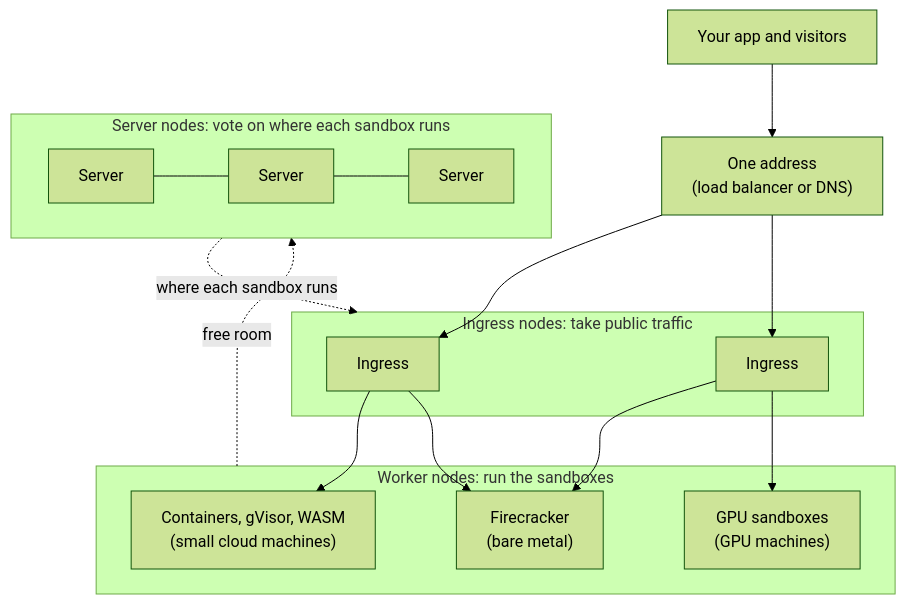
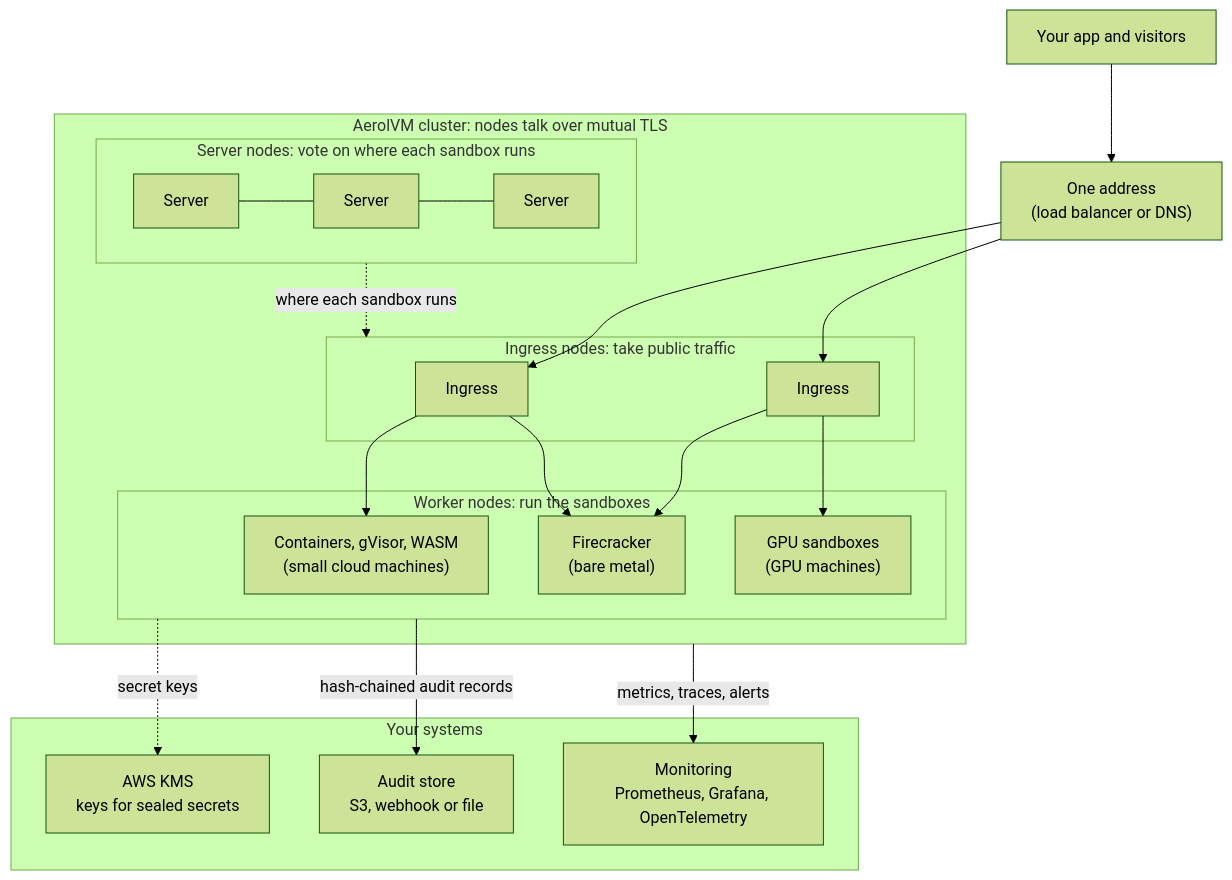
Before and after one commit to aerol-ai/microvm: the second of 2 diagrams in docs/src/content/docs/getting-started/cluster-setup.mdx, drawn with Mermaid (forest theme). The commit also changed other lines of this file and 2 other files, not shown here.

Commit message:
docs: add SDKs and Tools section to sidebar and enhance cluster setup documentation
Introduced a new "SDKs and Tools" section in the documentation sidebar for improved navigation, featuring links to SDK setup, CLI, and MCP server resources. Additionally, expanded the cluster setup documentation to include detailed auditability features, enhancing clarity on security and monitoring capabilities.

````diff
--- a/docs/src/content/docs/getting-started/cluster-setup.mdx
+++ b/docs/src/content/docs/getting-started/cluster-setup.mdx
@@ -88,24 +97,33 @@
 ```mermaid
 flowchart TB
     App["Your app and visitors"] --> Entry["One address<br/>(load balancer or DNS)"]
     Entry --> I1
     Entry --> I2
-    subgraph Ingress["Ingress nodes: take public traffic"]
-        I1["Ingress"]
-        I2["Ingress"]
+    subgraph Cluster["AerolVM cluster: nodes talk over mutual TLS"]
+        subgraph Ingress["Ingress nodes: take public traffic"]
+            I1["Ingress"]
+            I2["Ingress"]
+        end
+        subgraph Workers["Worker nodes: run the sandboxes"]
+            W1["Containers, gVisor, WASM<br/>(small cloud machines)"]
+            W2["Firecracker<br/>(bare metal)"]
+            W3["GPU sandboxes<br/>(GPU machines)"]
+        end
+        subgraph Servers["Server nodes: vote on where each sandbox runs"]
+            S1["Server"] --- S2["Server"] --- S3["Server"]
+        end
     end
     I1 --> W1
     I1 --> W2
     I2 --> W2
     I2 --> W3
-    subgraph Workers["Worker nodes: run the sandboxes"]
-        W1["Containers, gVisor, WASM<br/>(small cloud machines)"]
-        W2["Firecracker<br/>(bare metal)"]
-        W3["GPU sandboxes<br/>(GPU machines)"]
+    Servers -. "where each sandbox runs" .-> Ingress
+    subgraph Yours["Your systems"]
+        KMS["AWS KMS<br/>keys for sealed secrets"]
+        Audit["Audit store<br/>S3, webhook or file"]
+        Obs["Monitoring<br/>Prometheus, Grafana, OpenTelemetry"]
     end
-    subgraph Servers["Server nodes: vote on where each sandbox runs"]
-        S1["Server"] --- S2["Server"] --- S3["Server"]
-    end
-    Workers -. "free room" .-> Servers
-    Servers -. "where each sandbox runs" .-> Ingress
+    Workers -. "secret keys" .-> KMS
+    Workers -- "hash-chained audit records" --> Audit
+    Cluster -- "metrics, traces, alerts" --> Obs
 ```
````
